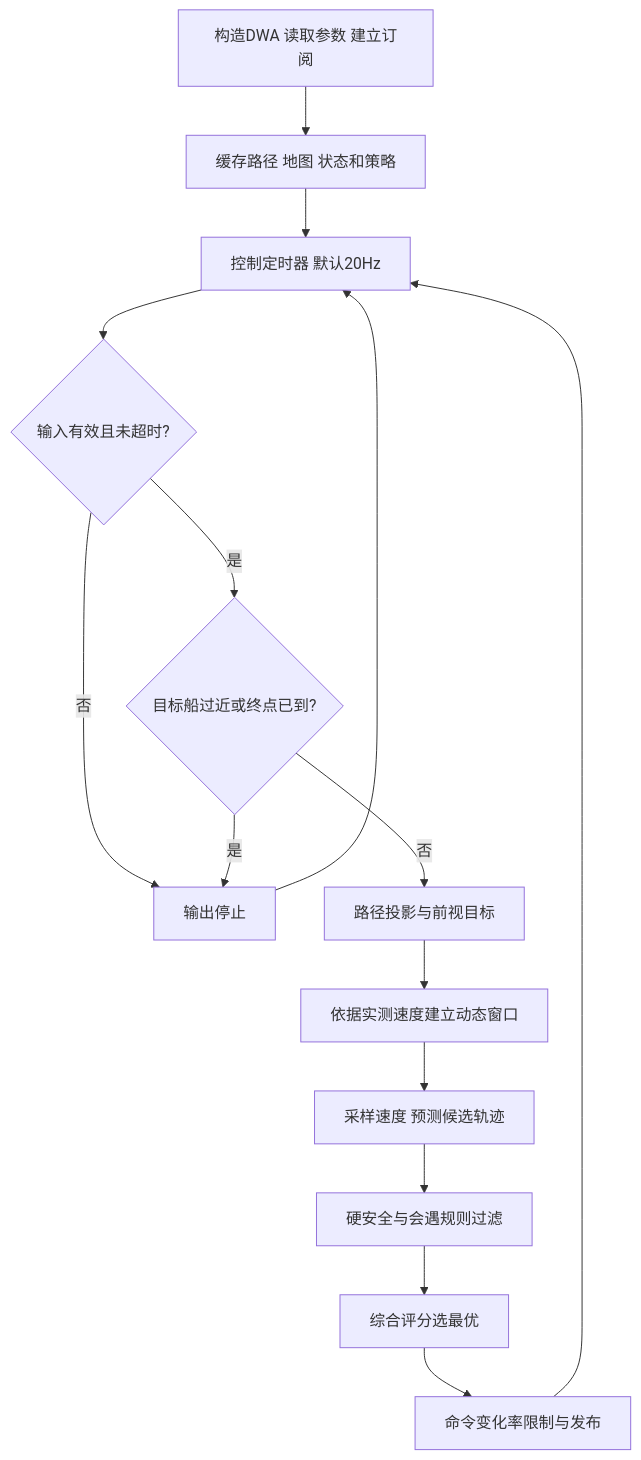
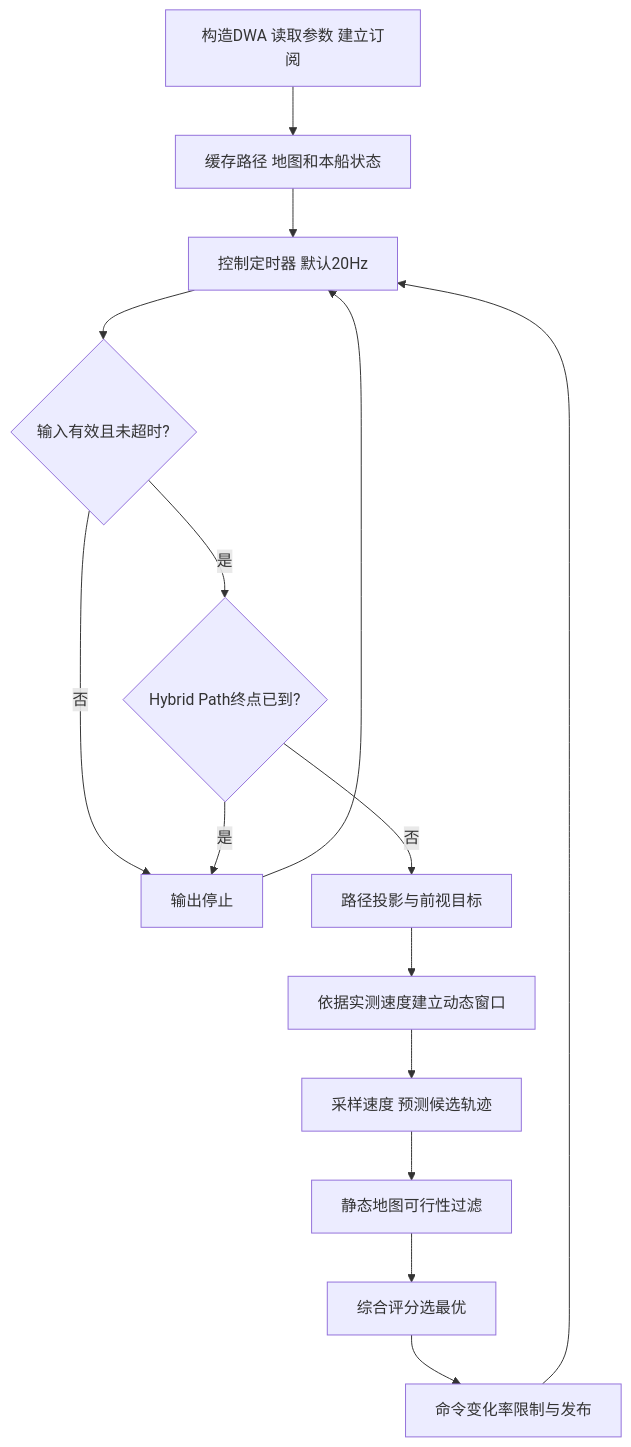
The first of 3 diagrams in src/dwa_and_ship_sim/FUNCTIONAL_GUIDE.md (liuqw688/USV-Hybrid-A-planner), drawn with Mermaid before and after one commit. The commit also changed other lines of this file and 15 other files, not shown here.

````diff
--- a/src/dwa_and_ship_sim/FUNCTIONAL_GUIDE.md
+++ b/src/dwa_and_ship_sim/FUNCTIONAL_GUIDE.md
@@ -28,17 +28,17 @@
 ```mermaid
 flowchart TD
- A[构造DWA 读取参数 建立订阅] --> B[缓存路径 地图 状态和策略]
+ A[构造DWA 读取参数 建立订阅] --> B[缓存路径 地图和本船状态]
  B --> C[控制定时器 默认20Hz]
  C --> D{输入有效且未超时?}
  D -- 否 --> Z[输出停止]
- D -- 是 --> E{目标船过近或终点已到?}
+ D -- 是 --> E{Hybrid Path终点已到?}
  E -- 是 --> Z
  E -- 否 --> F[路径投影与前视目标]
  F --> G[依据实测速度建立动态窗口]
  G --> H[采样速度 预测候选轨迹]
- H --> I[硬安全与会遇规则过滤]
+ H --> I[静态地图可行性过滤]
  I --> J[综合评分选最优]
  J --> K[命令变化率限制与发布]
  K --> C
  Z --> C
 ```
````
